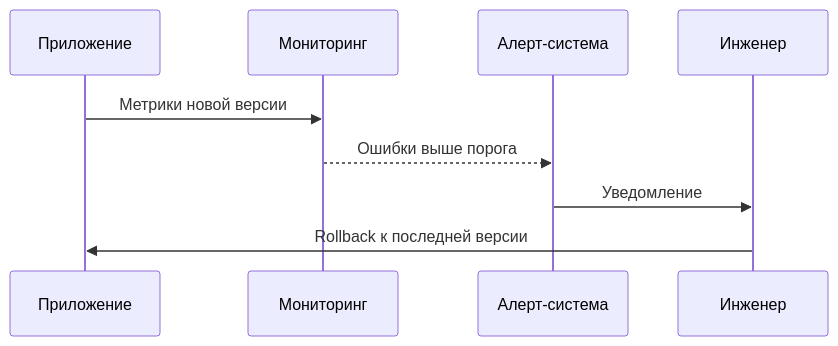
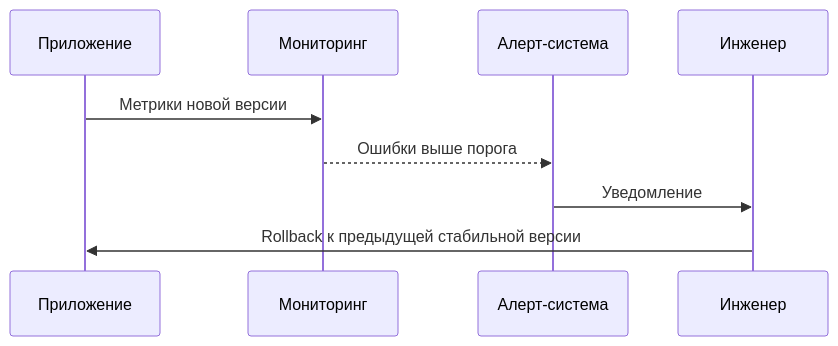
Before and after one commit to Groghrus/fullstack-core: the second of 2 diagrams in packages/content/themes/13-deploy-relizy/rollbacks.md, drawn with Mermaid. The commit also changed other lines of this file and 32 other files, not shown here.

````diff
--- a/packages/content/themes/13-deploy-relizy/rollbacks.md
+++ b/packages/content/themes/13-deploy-relizy/rollbacks.md
@@ -33,11 +33,11 @@
 ```mermaid
 sequenceDiagram
     participant App as Приложение
     participant Metrics as Мониторинг
     participant Alert as Алерт-система
     participant Ops as Инженер
     App->>Metrics: Метрики новой версии
     Metrics-->>Alert: Ошибки выше порога
     Alert->>Ops: Уведомление
-    Ops->>App: Rollback к последней версии
+    Ops->>App: Rollback к предыдущей стабильной версии
 ```
````
